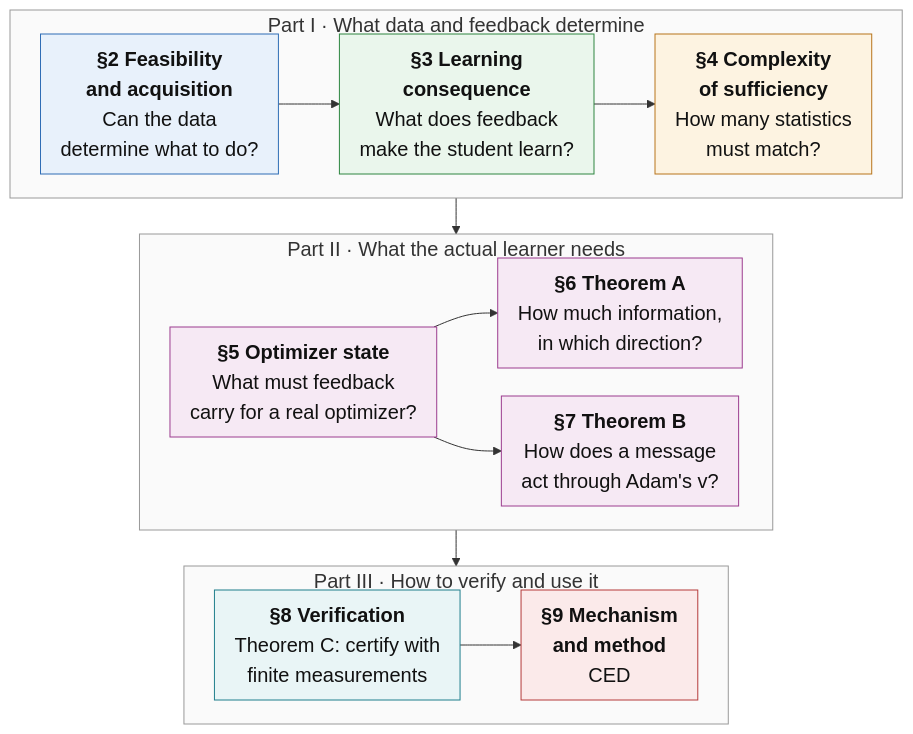
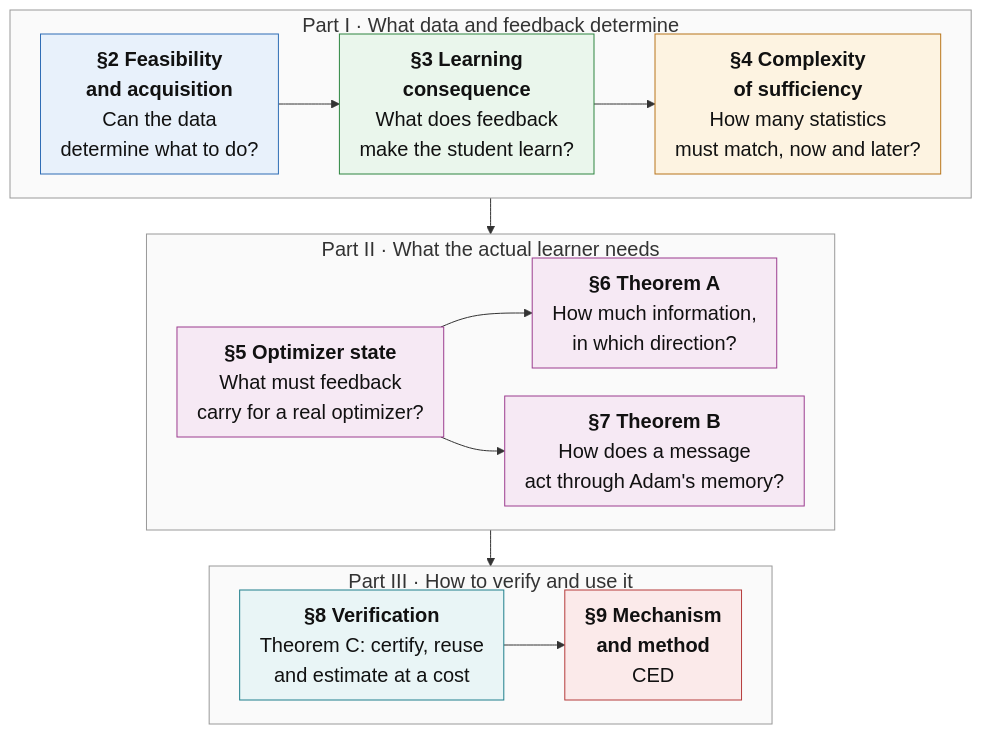
Before and after one commit to XueqiC/ICML27_agent_distillation: the first of 9 diagrams in theoretical_framework/README.md, drawn with Mermaid. The commit also changed other lines of this file and 222 other files, not shown here.

````diff
--- a/theoretical_framework/README.md
+++ b/theoretical_framework/README.md
@@ -67,35 +76,35 @@
 ```mermaid
 %%{init: {"themeVariables": {"fontSize": "20px"}, "flowchart": {"nodeSpacing": 28, "rankSpacing": 36, "padding": 10, "wrappingWidth": 260}}}%%
 flowchart TB
   subgraph P1["Part I · What data and feedback determine"]
     direction LR
     S2["<b>§2 Feasibility<br/>and acquisition</b><br/>Can the data<br/>determine what to do?"]:::b1
     S3["<b>§3 Learning<br/>consequence</b><br/>What does feedback<br/>make the student learn?"]:::b2
-    S4["<b>§4 Complexity<br/>of sufficiency</b><br/>How many statistics<br/>must match?"]:::b3
+    S4["<b>§4 Complexity<br/>of sufficiency</b><br/>How many statistics<br/>must match, now and later?"]:::b3
     S2 --> S3 --> S4
   end
   subgraph P2["Part II · What the actual learner needs"]
     direction LR
     S5["<b>§5 Optimizer state</b><br/>What must feedback<br/>carry for a real optimizer?"]:::b4
     S6["<b>§6 Theorem A</b><br/>How much information,<br/>in which direction?"]:::b4
-    S7["<b>§7 Theorem B</b><br/>How does a message<br/>act through Adam's v?"]:::b4
+    S7["<b>§7 Theorem B</b><br/>How does a message<br/>act through Adam's memory?"]:::b4
     S5 --> S6
     S5 --> S7
   end
   subgraph P3["Part III · How to verify and use it"]
     direction LR
-    S8["<b>§8 Verification</b><br/>Theorem C: certify with<br/>finite measurements"]:::b5
+    S8["<b>§8 Verification</b><br/>Theorem C: certify, reuse<br/>and estimate at a cost"]:::b5
     S9["<b>§9 Mechanism<br/>and method</b><br/>CED"]:::b6
     S8 --> S9
   end
   P1 --> P2 --> P3
   style P1 fill:#fafafa,stroke:#999
   style P2 fill:#fafafa,stroke:#999
   style P3 fill:#fafafa,stroke:#999
   classDef b1 fill:#e8f1fb,stroke:#2f6db5,color:#111
   classDef b2 fill:#eaf6ec,stroke:#2e8540,color:#111
   classDef b3 fill:#fdf3e1,stroke:#b8741a,color:#111
   classDef b4 fill:#f6e9f4,stroke:#9c3d8f,color:#111
   classDef b5 fill:#e9f5f6,stroke:#1f7f8c,color:#111
   classDef b6 fill:#fbeaea,stroke:#b53b3b,color:#111
 ```
````
